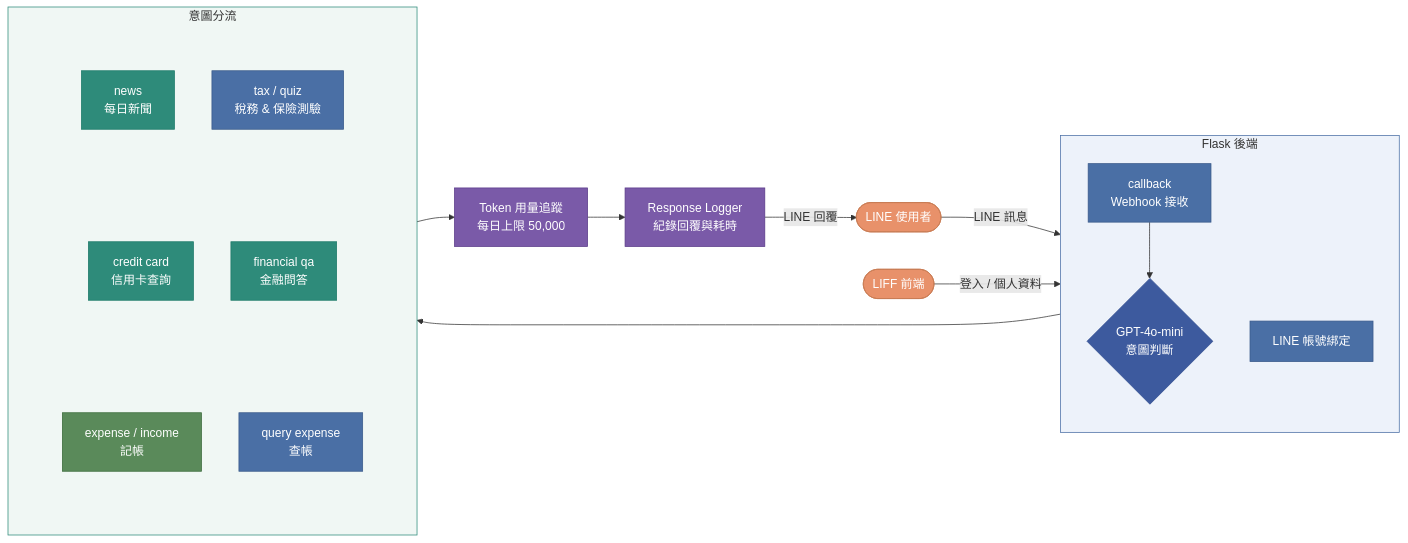
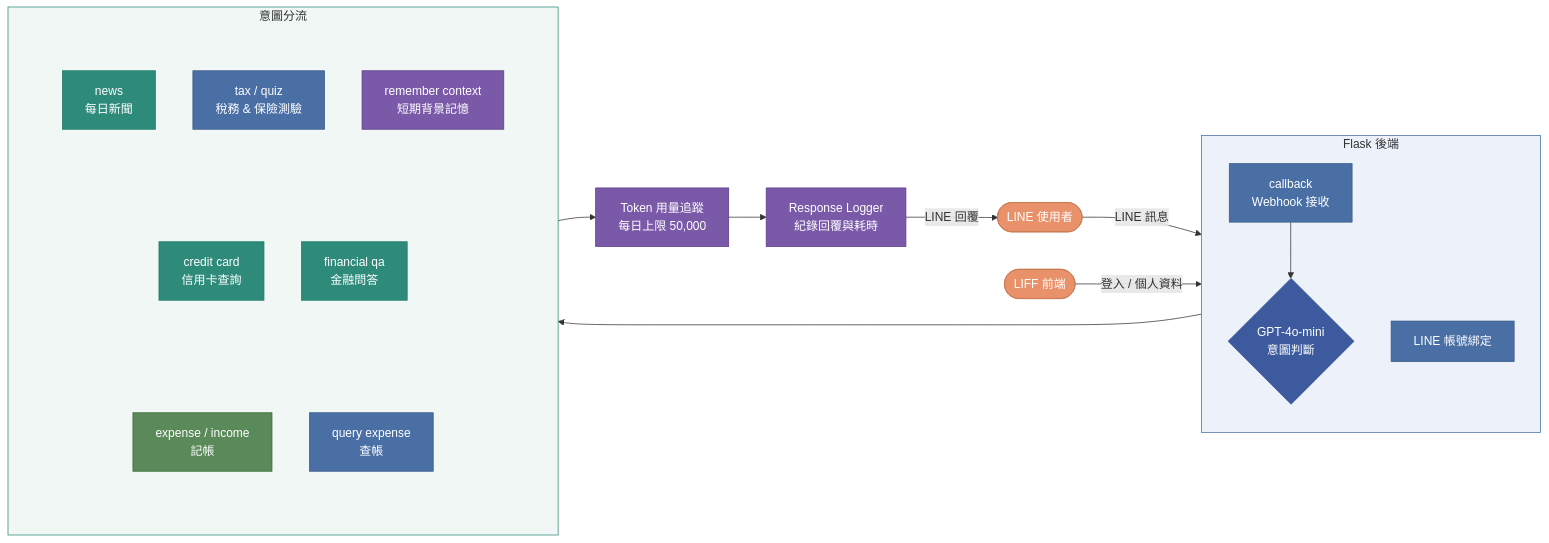
The third of 14 diagrams in system_flow_chart.md (lwc-ed/financial-agent), drawn with Mermaid before and after one commit. The commit also changed other lines of this file and 3 other files, not shown here.

````diff
--- a/system_flow_chart.md
+++ b/system_flow_chart.md
@@ -136,60 +136,61 @@
 ```mermaid
 flowchart LR
     USER([LINE 使用者]):::orange
     LIFF([LIFF 前端]):::orange
 
     subgraph FLASK["Flask 後端"]
         direction TB
         CB["callback<br/>Webhook 接收"]:::blue
         ORCH{GPT-4o-mini<br/>意圖判斷}:::diamond
         AUTH["LINE 帳號綁定"]:::blue
     end
 
     subgraph INTENT["意圖分流"]
         direction LR
 
         subgraph COL1[" "]
             direction TB
             I1[expense / income<br/>記帳]:::green
             I2[query expense<br/>查帳]:::blue
         end
 
         subgraph COL2[" "]
             direction TB
             I3[credit card<br/>信用卡查詢]:::teal
             I4[financial qa<br/>金融問答]:::teal
 
         end
 
         subgraph COL3[" "]
             direction TB
             I5[news<br/>每日新聞]:::teal
             I6[tax / quiz<br/>稅務 & 保險測驗]:::blue
+            I7[remember context<br/>短期背景記憶]:::purple
         end
 
     end
 
     TOKEN[Token 用量追蹤<br/>每日上限 50,000]:::purple
     LOGGER[Response Logger<br/>紀錄回覆與耗時]:::purple
 
     USER   -->|LINE 訊息| CB
     LIFF   -->|登入 / 個人資料| AUTH
     CB     --> ORCH
     ORCH   --> INTENT
     INTENT --> TOKEN
     TOKEN  --> LOGGER
     LOGGER -->|LINE 回覆| USER
 
     classDef orange  fill:#E8916A,stroke:#C97A52,color:#fff
     classDef blue    fill:#4A6FA5,stroke:#3A5A8A,color:#fff
     classDef teal    fill:#2E8B7A,stroke:#1E7A69,color:#fff
     classDef green   fill:#5A8A5A,stroke:#3A6A3A,color:#fff
     classDef purple  fill:#7A5AA8,stroke:#5A3A88,color:#fff
     classDef diamond fill:#3D5A9E,stroke:#2D4A8E,color:#fff
 
     style FLASK  fill:#EDF2FA,stroke:#4A6FA5,color:#333
     style INTENT fill:#F0F7F4,stroke:#2E8B7A,color:#333
     style COL1   fill:none,stroke:none
     style COL2   fill:none,stroke:none
     style COL3   fill:none,stroke:none
 ```
````
